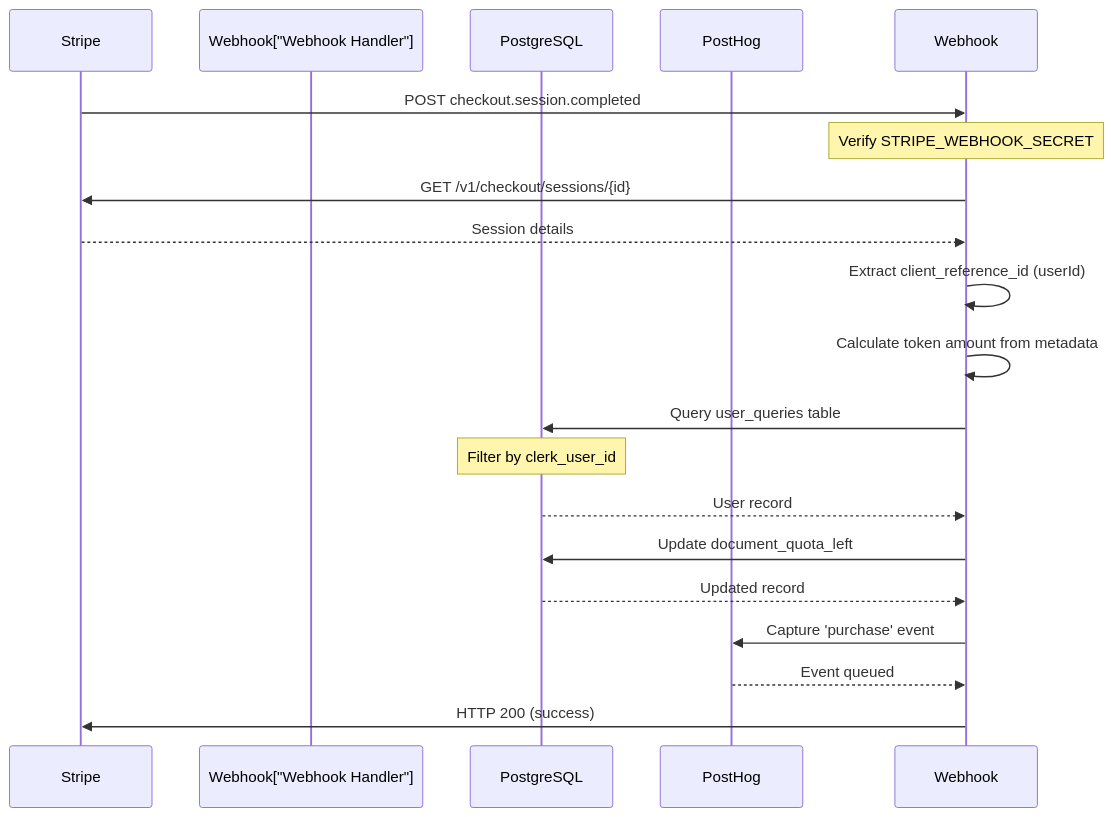
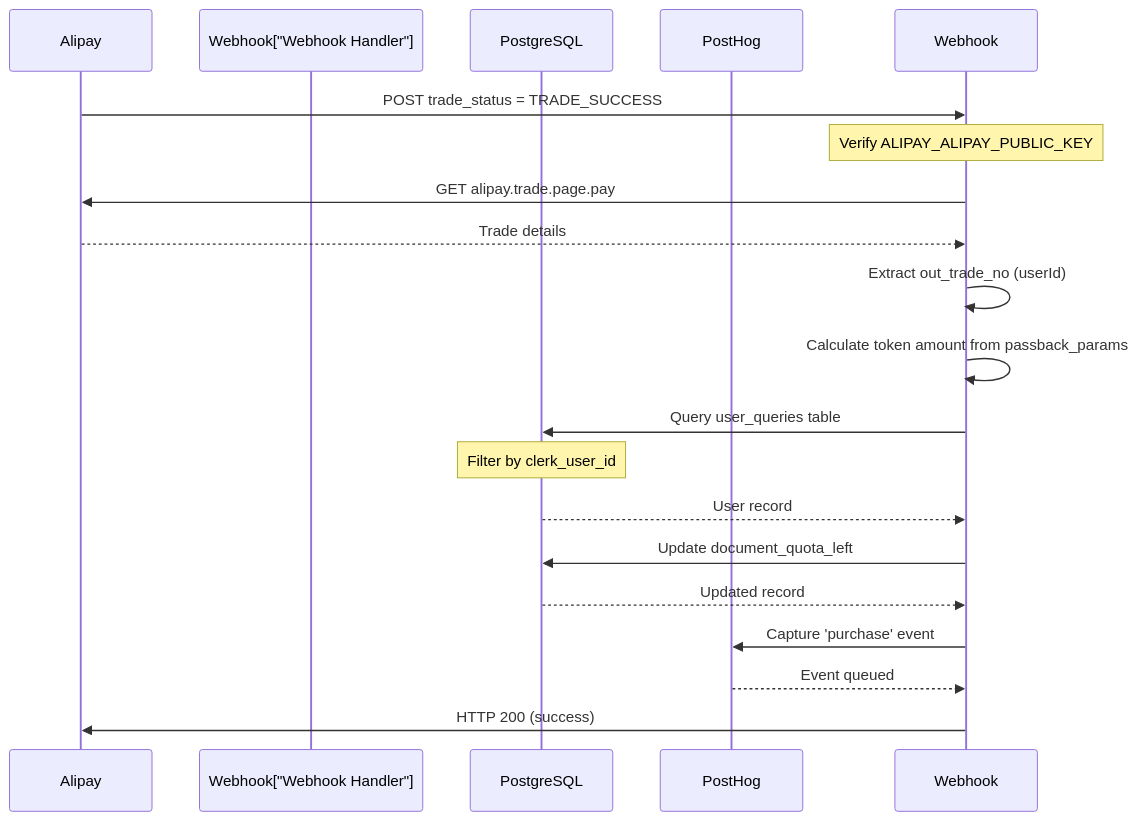
The fourth of 5 diagrams in docs/architecture/DATA_FLOW.md (duzhongli-d/contractagent), drawn with Mermaid before and after one commit. The commit also changed other lines of this file and 38 other files, not shown here.

````diff
--- a/docs/architecture/DATA_FLOW.md
+++ b/docs/architecture/DATA_FLOW.md
@@ -209,28 +209,28 @@
 ```mermaid
 sequenceDiagram
-    participant Stripe
+    participant Alipay
     participant Webhook["Webhook Handler"]
     participant PostgreSQL
     participant PostHog
 
-    Stripe->>Webhook: POST checkout.session.completed
-    Note over Webhook: Verify STRIPE_WEBHOOK_SECRET
+    Alipay->>Webhook: POST trade_status = TRADE_SUCCESS
+    Note over Webhook: Verify ALIPAY_ALIPAY_PUBLIC_KEY
 
-    Webhook->>Stripe: GET /v1/checkout/sessions/{id}
-    Stripe-->>Webhook: Session details
+    Webhook->>Alipay: GET alipay.trade.page.pay
+    Alipay-->>Webhook: Trade details
 
-    Webhook->>Webhook: Extract client_reference_id (userId)
-    Webhook->>Webhook: Calculate token amount from metadata
+    Webhook->>Webhook: Extract out_trade_no (userId)
+    Webhook->>Webhook: Calculate token amount from passback_params
 
     Webhook->>PostgreSQL: Query user_queries table
     Note over PostgreSQL: Filter by clerk_user_id
     PostgreSQL-->>Webhook: User record
 
     Webhook->>PostgreSQL: Update document_quota_left
     PostgreSQL-->>Webhook: Updated record
 
     Webhook->>PostHog: Capture 'purchase' event
     PostHog-->>Webhook: Event queued
 
-    Webhook->>Stripe: HTTP 200 (success)
+    Webhook->>Alipay: HTTP 200 (success)
 ```
````
